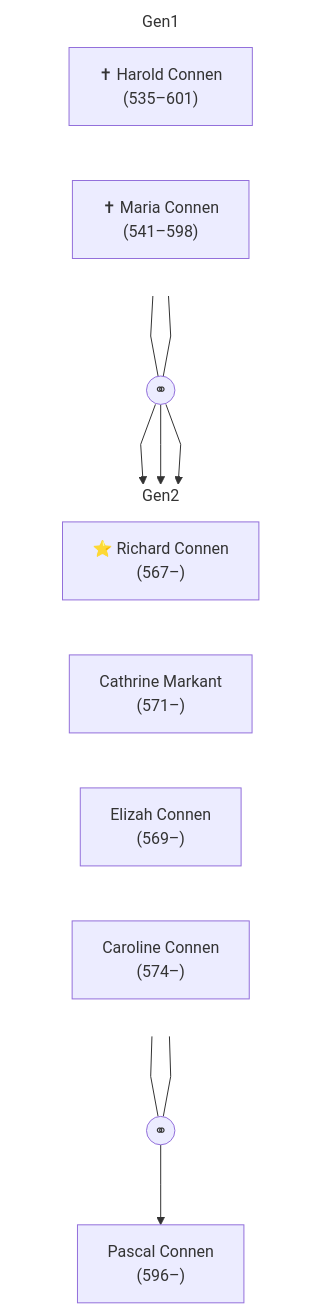
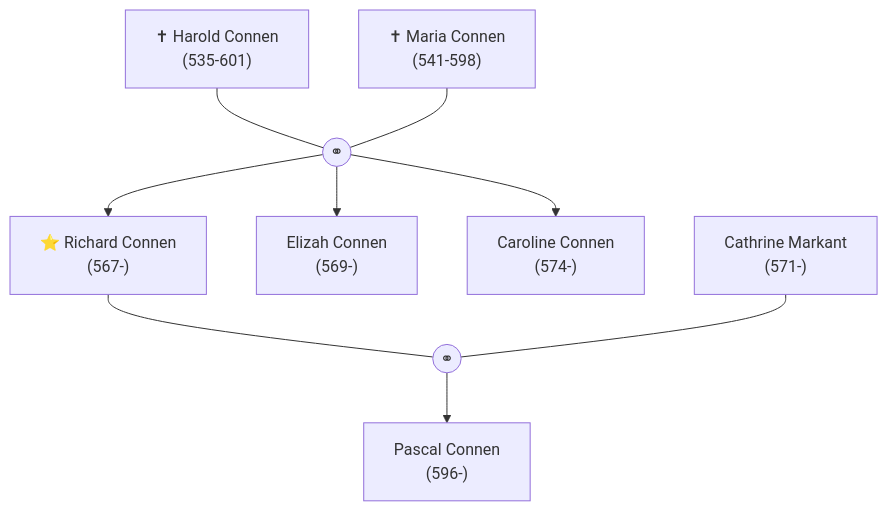
The diagram in content/charaktere/familien/connen.md (TheFabzie/book_lore), drawn with Mermaid before and after one commit.

Commit message:
Stammbaum

````diff
--- a/content/charaktere/familien/connen.md
+++ b/content/charaktere/familien/connen.md
@@ -7,52 +7,37 @@
 ```mermaid
 
-%%{init: {"flowchart": {"curve": "linear", "nodeSpacing": 55, "rankSpacing": 80}} }%%
 flowchart TB
+  harold_connen["✝ Harold Connen<br/>(535-601)"]
+  maria_connen["✝ Maria Connen<br/>(541-598)"]
+  e1((⚭))
 
-%% ---------- Generation I ----------
-subgraph Gen1
-direction LR
-  harold_connen["✝ Harold Connen<br/>(535–601)"]
-  maria_connen["✝ Maria Connen<br/>(541–598)"]
-end
-style Gen1 fill:transparent,stroke:transparent
+  harold_connen --- e1
+  maria_connen --- e1
 
-e1((⚭))
-harold_connen --- e1
-maria_connen  --- e1
+  richard_connen["⭐ Richard Connen<br/>(567-)"]
+  elizah_connen["Elizah Connen<br/>(569-)"]
+  caroline_connen["Caroline Connen<br/>(574-)"]
 
-%% ---------- Generation II ----------
-subgraph Gen2
-direction LR
-  richard_connen["⭐ Richard Connen<br/>(567–)"]
-  cathrine_markant["Cathrine Markant<br/>(571–)"]
-  elizah_connen["Elizah Connen<br/>(569–)"]
-  caroline_connen["Caroline Connen<br/>(574–)"]
-end
-style Gen2 fill:transparent,stroke:transparent
+  e1 --> richard_connen
+  e1 --> elizah_connen
+  e1 --> caroline_connen
 
-e1 --> richard_connen
-e1 --> elizah_connen
-e1 --> caroline_connen
+  cathrine_markant["Cathrine Markant<br/>(571-)"]
+  e2((⚭))
 
-%% ---------- Ehe Richard + Cathrine ----------
-e2((⚭))
-richard_connen --- e2
-cathrine_markant --- e2
+  richard_connen --- e2
+  cathrine_markant --- e2
 
-%% ---------- Generation III ----------
-pascal_connen["Pascal Connen<br/>(596–)"]
-e2 --> pascal_connen
+  pascal_connen["Pascal Connen<br/>(596-)"]
+  e2 --> pascal_connen
 
-%% ---------- Klickbare Links ----------
-click harold_connen "/charaktere/harold-connen"
-click maria_connen "/charaktere/maria-connen"
-click richard_connen "/charaktere/richard-connen"
-click elizah_connen "/charaktere/elizah-connen"
-click caroline_connen "/charaktere/caroline-connen"
-click cathrine_markant "/charaktere/cathrine-markant"
-click pascal_connen "/charaktere/pascal-connen"
-
+  click harold_connen "/charaktere/harold-connen"
+  click maria_connen "/charaktere/maria-connen"
+  click richard_connen "/charaktere/richard-connen"
+  click elizah_connen "/charaktere/elizah-connen"
+  click caroline_connen "/charaktere/caroline-connen"
+  click cathrine_markant "/charaktere/cathrine-markant"
+  click pascal_connen "/charaktere/pascal-connen"
 
 
 ```
````
